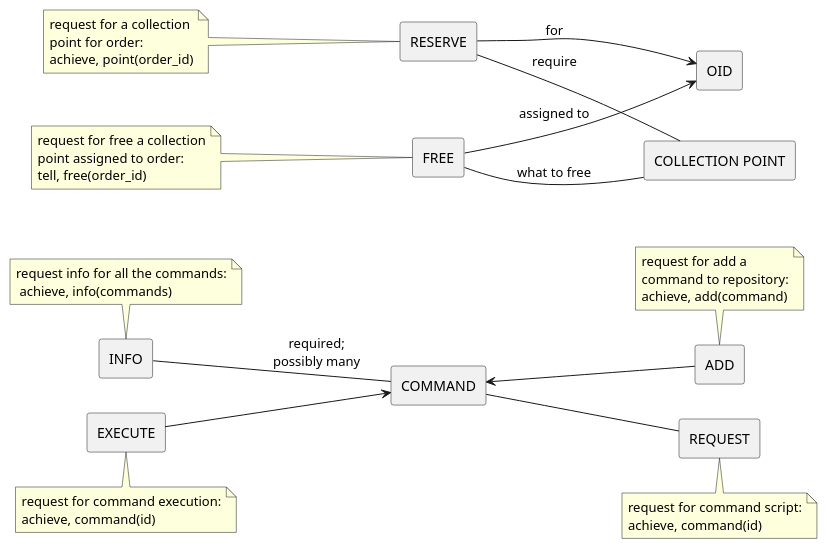
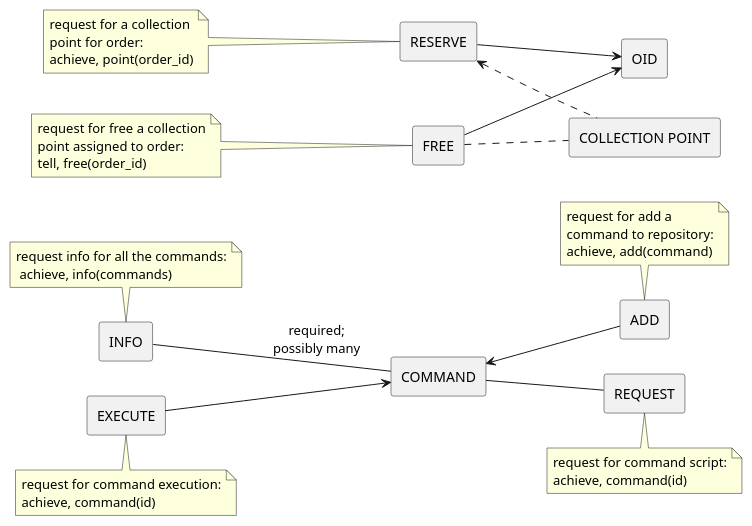
One commit to Mandrab/AMW changed the diagram in res/report/section/design/figure/ontology/ontology_operations-2.plantuml. Above: the diagram before and after it, drawn with PlantUML. The commit also changed 1 other file, not shown here.

Commit message:
lesser arrows changes in schemas

```diff
--- a/res/report/section/design/figure/ontology/ontology_operations-2.plantuml
+++ b/res/report/section/design/figure/ontology/ontology_operations-2.plantuml
@@ -1,23 +1,23 @@
-@startuml ontology-operations-2
+@startuml ontology_operations-2
 skinparam componentStyle rectangle
 left to right direction
 
-[RESERVE] --> [OID]                 : for
-[RESERVE] -- [COLLECTION POINT]     : require
+[RESERVE] --> [OID]
+[RESERVE] <.. [COLLECTION POINT]
 note left of [RESERVE]: request for a collection\npoint for order:\nachieve, point(order_id)
 
-[FREE] --> [OID]                    : assigned to
-[FREE] -- [COLLECTION POINT]        : what to free
+[FREE] --> [OID]
+[FREE] .. [COLLECTION POINT]
 note left of [FREE]: request for free a collection\npoint assigned to order:\ntell, free(order_id)
 
 [INFO] as CINFO
 [ADD] -up-> [COMMAND]
 note top of [ADD]: request for add a\ncommand to repository:\nachieve, add(command)
 [REQUEST] -up- [COMMAND]
 note bottom of [REQUEST]: request for command script:\nachieve, command(id)
 CINFO -down- [COMMAND]                  : required;\npossibly many
 note top of CINFO: request info for all the commands:\n achieve, info(commands)
 [EXECUTE] --> [COMMAND]
 note bottom of [EXECUTE]: request for command execution:\nachieve, command(id)
 
 @enduml
```
